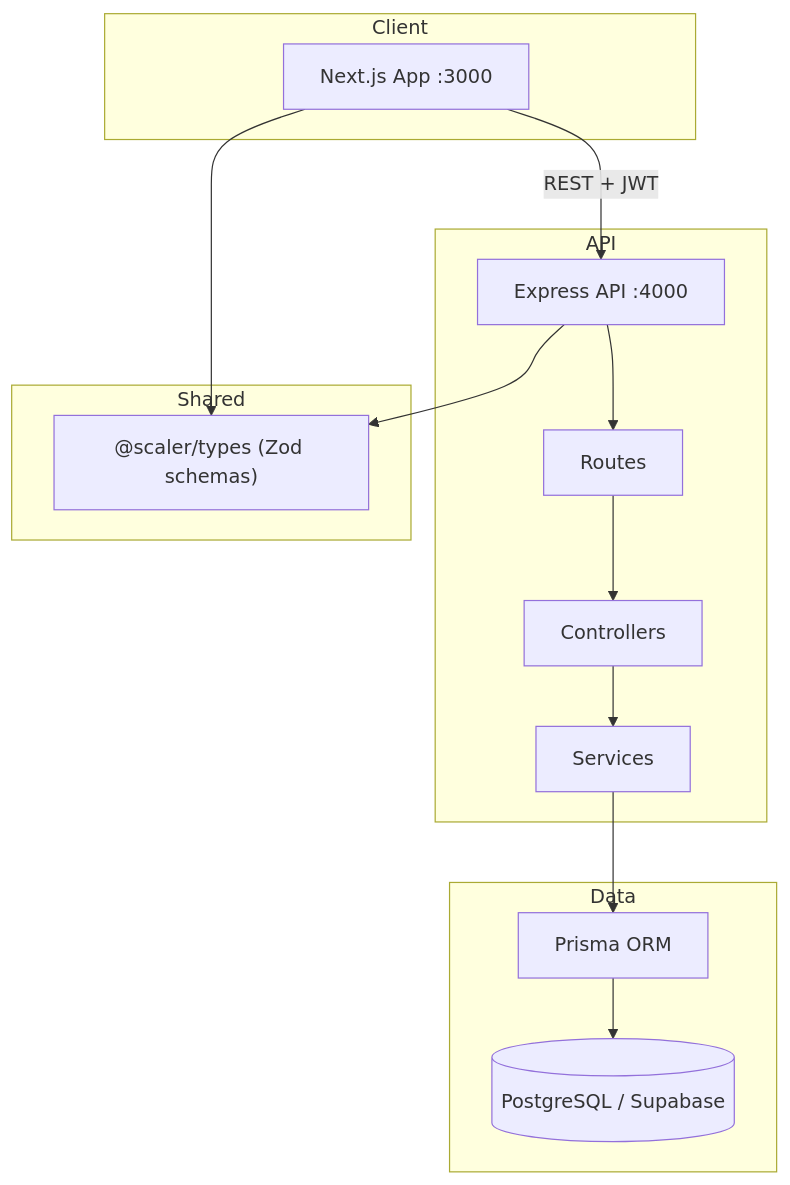
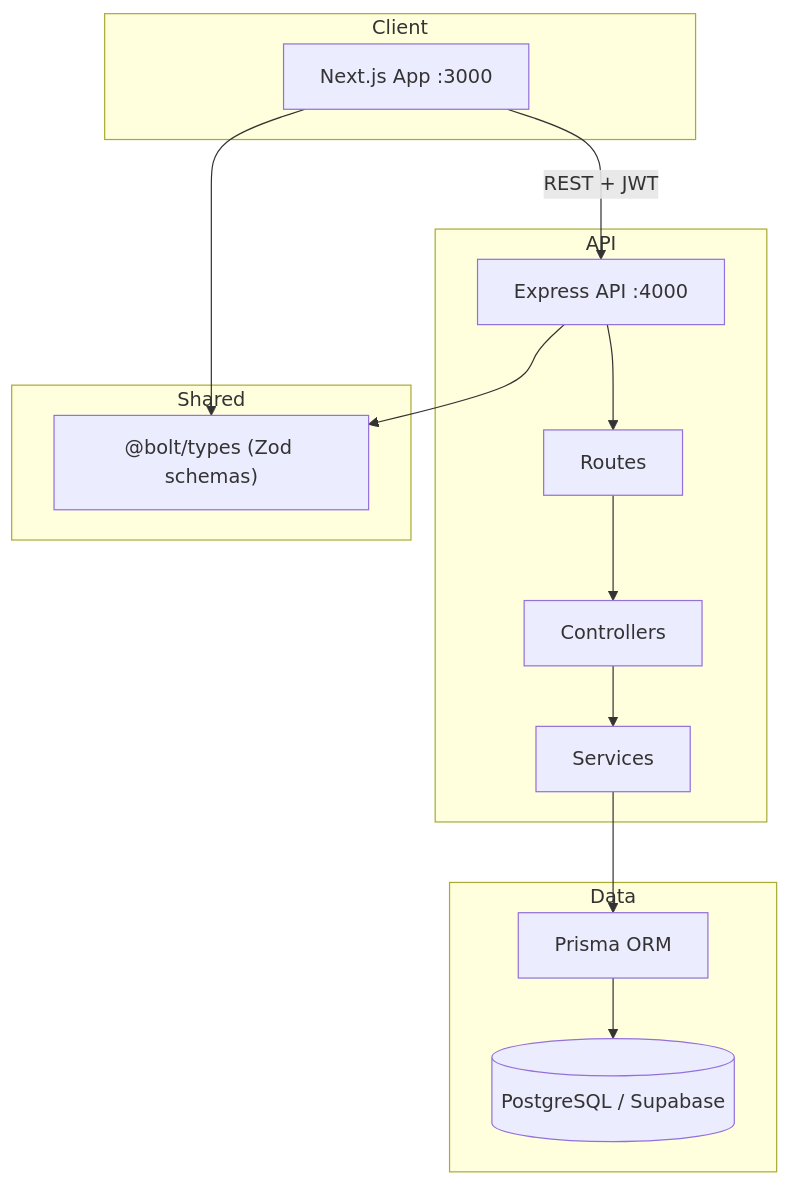
The diagram in README.md (jagadeeshm007/Scaler), drawn with Mermaid before and after one commit. The commit also changed other lines of this file and 57 other files, not shown here.

````diff
--- a/README.md
+++ b/README.md
@@ -43,28 +43,28 @@
 ```mermaid
 flowchart TB
   subgraph Client
     FE[Next.js App :3000]
   end
 
   subgraph API
     EX[Express API :4000]
     R[Routes]
     C[Controllers]
     S[Services]
     EX --> R --> C --> S
   end
 
   subgraph Data
     P[Prisma ORM]
     DB[(PostgreSQL / Supabase)]
     S --> P --> DB
   end
 
   subgraph Shared
-    T["@scaler/types (Zod schemas)"]
+    T["@bolt/types (Zod schemas)"]
   end
 
   FE -->|REST + JWT| EX
   FE --> T
   EX --> T
 ```
````
